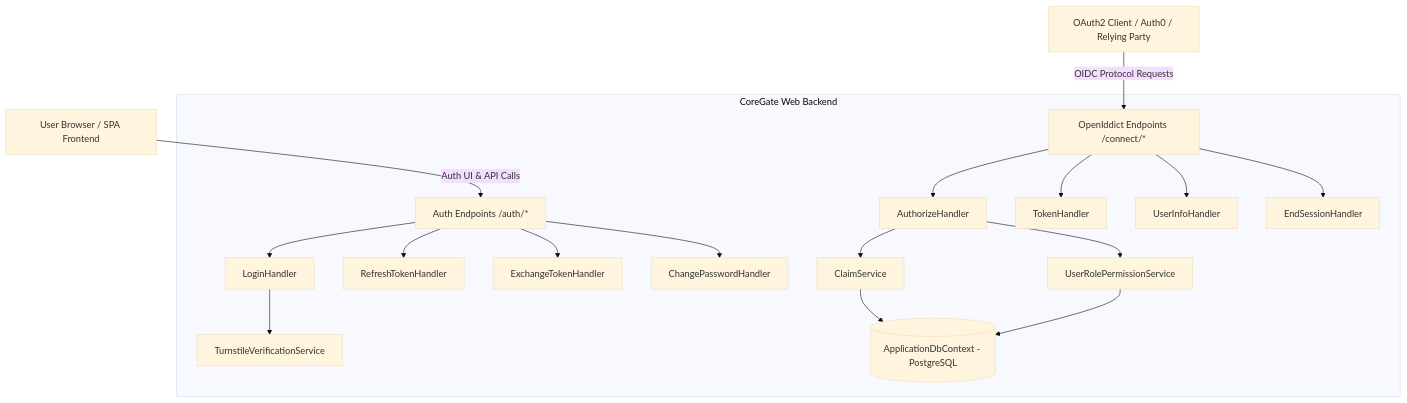
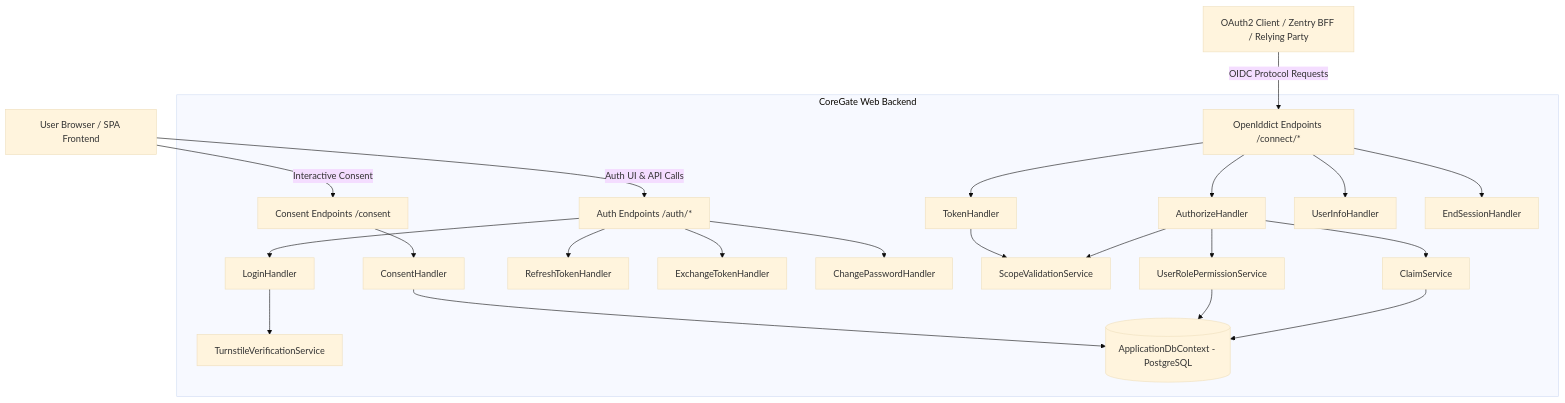
The diagram in CoreGate/docs/project_architecture_and_understanding.md (hao-du/OpenSaur), drawn with Mermaid (base theme) before and after one commit. The commit also changed other lines of this file, not shown here.

Commit message:
docs: update project architecture documentation to reflect changes in client applications and consent handling

````diff
--- a/CoreGate/docs/project_architecture_and_understanding.md
+++ b/CoreGate/docs/project_architecture_and_understanding.md
@@ -29,24 +29,30 @@
 ```mermaid
 graph TD
-    ClientApp[OAuth2 Client / Auth0 / Relying Party] -->|OIDC Protocol Requests| OidcEndpoints[OpenIddict Endpoints /connect/*]
+    ClientApp[OAuth2 Client / Zentry BFF / Relying Party] -->|OIDC Protocol Requests| OidcEndpoints[OpenIddict Endpoints /connect/*]
     UserBrowser[User Browser / SPA Frontend] -->|Auth UI & API Calls| AuthEndpoints[Auth Endpoints /auth/*]
+    UserBrowser -->|Interactive Consent| ConsentEndpoints[Consent Endpoints /consent]
     
     subgraph CoreGate Web Backend
         OidcEndpoints --> AuthorizeHandler[AuthorizeHandler]
         OidcEndpoints --> TokenHandler[TokenHandler]
         OidcEndpoints --> UserInfoHandler[UserInfoHandler]
         OidcEndpoints --> EndSessionHandler[EndSessionHandler]
 
+        ConsentEndpoints --> ConsentHandler[ConsentHandler]
+
         AuthEndpoints --> LoginHandler[LoginHandler]
         AuthEndpoints --> RefreshTokenHandler[RefreshTokenHandler]
         AuthEndpoints --> ExchangeTokenHandler[ExchangeTokenHandler]
         AuthEndpoints --> ChangePasswordHandler[ChangePasswordHandler]
 
+        AuthorizeHandler --> ScopeValidationService[ScopeValidationService]
+        TokenHandler --> ScopeValidationService
         AuthorizeHandler --> ClaimService[ClaimService]
         AuthorizeHandler --> UserRolePermissionService[UserRolePermissionService]
         LoginHandler --> TurnstileService[TurnstileVerificationService]
 
         ClaimService --> AppDbContext[(ApplicationDbContext - PostgreSQL)]
         UserRolePermissionService --> AppDbContext
+        ConsentHandler --> AppDbContext
     end
 ```
````
